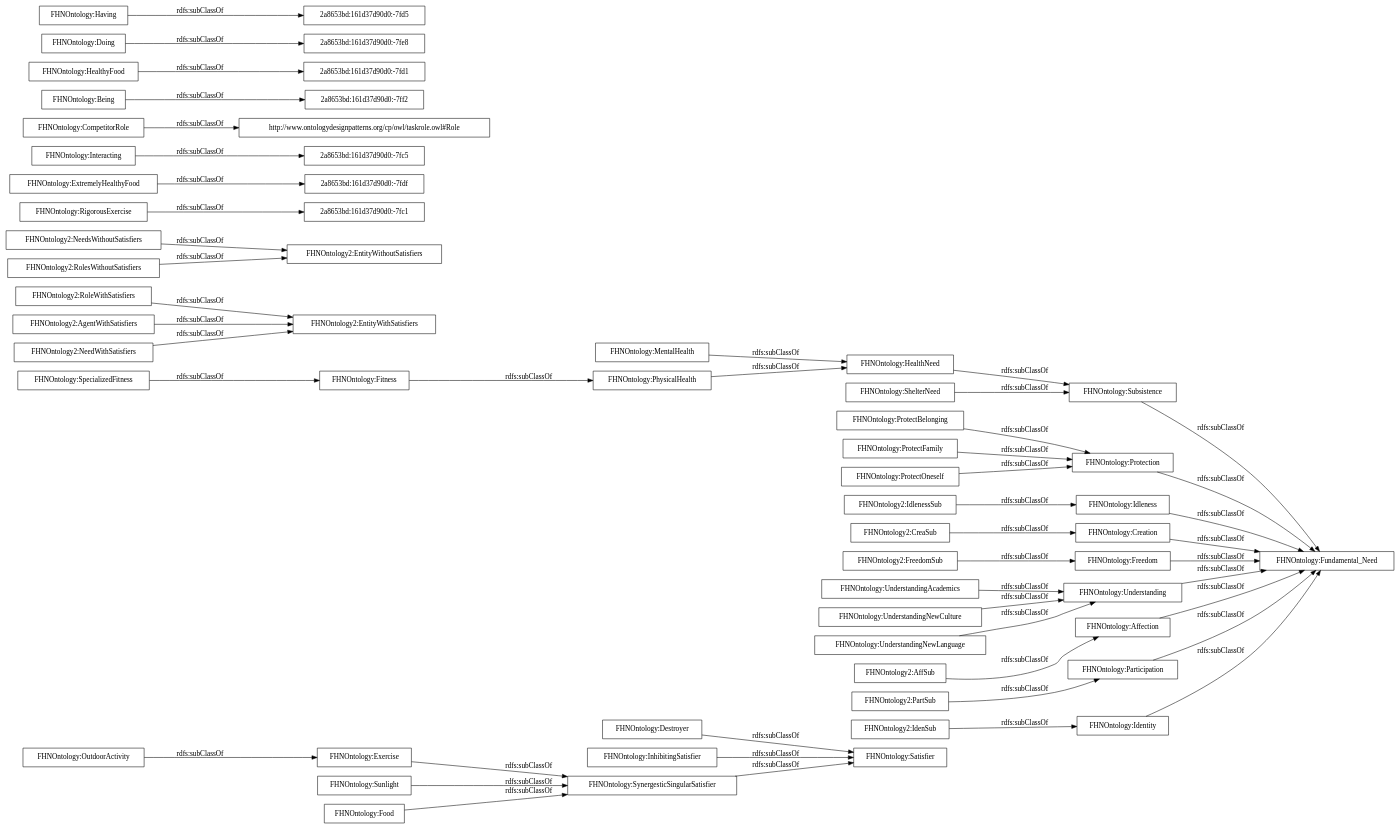
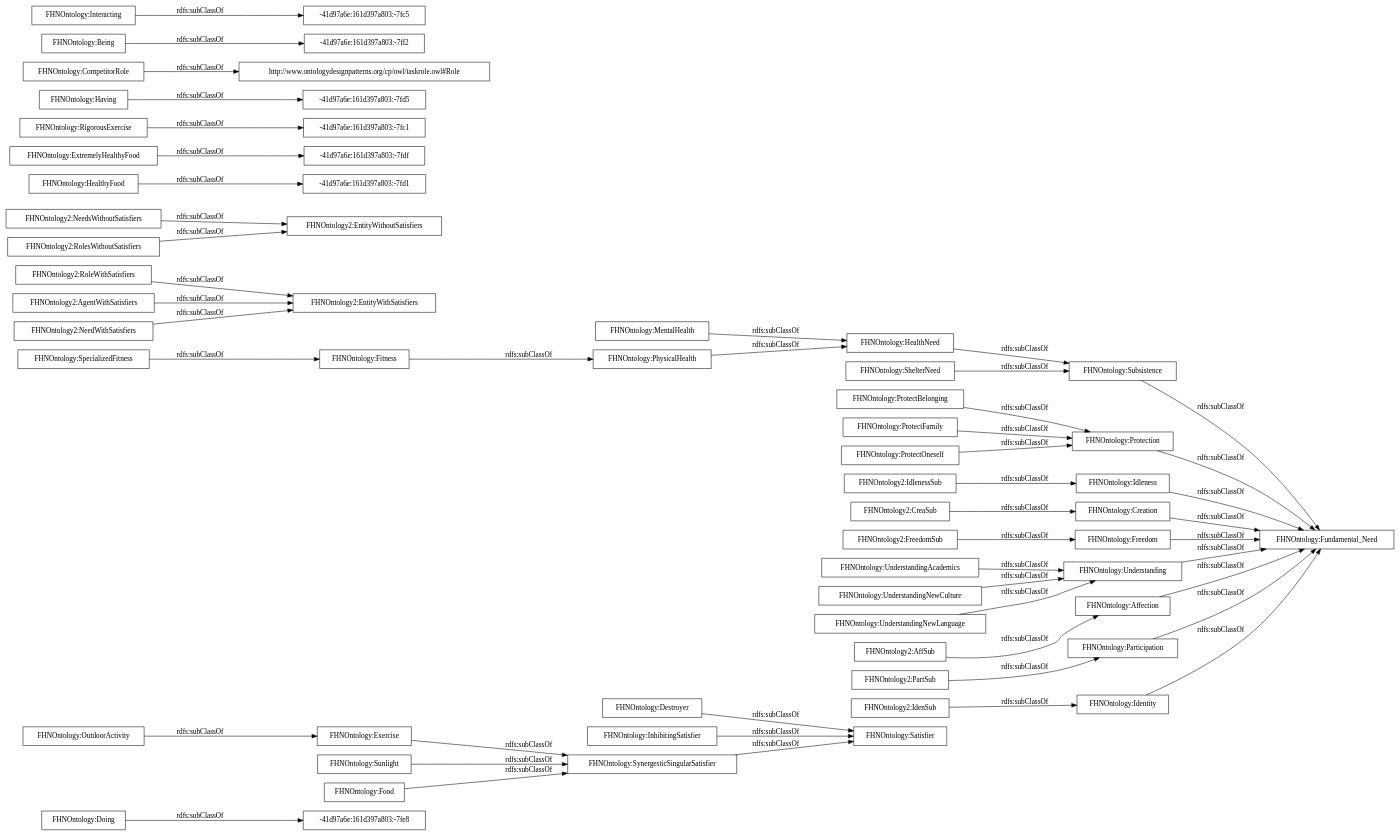
One commit to OnToologyUser/Propsed-Ontology changed the diagram in OnToology/FHNOntology.owl/diagrams/ar2dtool-taxonomy/FHNOntology.owl.png.dot. Above: the diagram before and after it, drawn with Graphviz. The commit also changed 61 other files, not shown here.

```diff
--- a/OnToology/FHNOntology.owl/diagrams/ar2dtool-taxonomy/FHNOntology.owl.png.dot
+++ b/OnToology/FHNOntology.owl/diagrams/ar2dtool-taxonomy/FHNOntology.owl.png.dot
@@ -1,53 +1,53 @@
 digraph ar2dtool_diagram { 
 rankdir=LR;
 size="1000"
-node [shape = rectangle, color="black"]; "FHNOntology:SynergesticSingularSatisfier" "FHNOntology:Identity" "FHNOntology2:EntityWithSatisfiers" "FHNOntology2:FreedomSub" "FHNOntology2:NeedsWithoutSatisfiers" "2a8653bd:161d37d90d0:-7fc1" "FHNOntology:Exercise" "FHNOntology:ProtectBelonging" "FHNOntology:ProtectFamily" "FHNOntology:Destroyer" "FHNOntology2:IdenSub" "FHNOntology:Subsistence" "FHNOntology:OutdoorActivity" "FHNOntology2:RolesWithoutSatisfiers" "FHNOntology2:CreaSub" "FHNOntology:RigorousExercise" "2a8653bd:161d37d90d0:-7fdf" "FHNOntology2:PartSub" "FHNOntology2:RoleWithSatisfiers" "FHNOntology:Fitness" "FHNOntology:Protection" "FHNOntology:Fundamental_Need" "FHNOntology:SpecializedFitness" "2a8653bd:161d37d90d0:-7fc5" "FHNOntology2:EntityWithoutSatisfiers" "FHNOntology2:IdlenessSub" "http://www.ontologydesignpatterns.org/cp/owl/taskrole.owl#Role" "FHNOntology:UnderstandingAcademics" "FHNOntology:InhibitingSatisfier" "FHNOntology:Idleness" "FHNOntology:Creation" "FHNOntology:Being" "FHNOntology:UnderstandingNewCulture" "FHNOntology:Freedom" "FHNOntology:Understanding" "FHNOntology:MentalHealth" "2a8653bd:161d37d90d0:-7fd1" "FHNOntology:HealthyFood" "FHNOntology:Affection" "FHNOntology:Satisfier" "FHNOntology2:AgentWithSatisfiers" "2a8653bd:161d37d90d0:-7fe8" "FHNOntology:UnderstandingNewLanguage" "FHNOntology:HealthNeed" "FHNOntology2:NeedWithSatisfiers" "FHNOntology:PhysicalHealth" "FHNOntology:Doing" "FHNOntology:Interacting" "2a8653bd:161d37d90d0:-7ff2" "FHNOntology2:AffSub" "FHNOntology:ShelterNeed" "FHNOntology:CompetitorRole" "FHNOntology:Having" "FHNOntology:ProtectOneself" "FHNOntology:Sunlight" "FHNOntology:Food" "FHNOntology:Participation" "2a8653bd:161d37d90d0:-7fd5" "FHNOntology:ExtremelyHealthyFood" ; /*classes style*/
-	"FHNOntology:Interacting" -> "2a8653bd:161d37d90d0:-7fc5" [ label = "rdfs:subClassOf" ];
+node [shape = rectangle, color="black"]; "-41d97a6e:161d397a803:-7fe8" "FHNOntology:SynergesticSingularSatisfier" "FHNOntology:Identity" "FHNOntology2:EntityWithSatisfiers" "FHNOntology2:FreedomSub" "FHNOntology2:NeedsWithoutSatisfiers" "FHNOntology:Exercise" "FHNOntology:ProtectBelonging" "FHNOntology:ProtectFamily" "FHNOntology:Destroyer" "FHNOntology2:IdenSub" "-41d97a6e:161d397a803:-7fd1" "-41d97a6e:161d397a803:-7fdf" "FHNOntology:Subsistence" "FHNOntology:OutdoorActivity" "FHNOntology2:RolesWithoutSatisfiers" "FHNOntology2:CreaSub" "FHNOntology:RigorousExercise" "FHNOntology2:PartSub" "FHNOntology2:RoleWithSatisfiers" "FHNOntology:Fitness" "FHNOntology:Protection" "-41d97a6e:161d397a803:-7fd5" "-41d97a6e:161d397a803:-7fc1" "FHNOntology:Fundamental_Need" "FHNOntology:SpecializedFitness" "FHNOntology2:EntityWithoutSatisfiers" "FHNOntology2:IdlenessSub" "http://www.ontologydesignpatterns.org/cp/owl/taskrole.owl#Role" "FHNOntology:UnderstandingAcademics" "FHNOntology:InhibitingSatisfier" "FHNOntology:Idleness" "FHNOntology:Creation" "FHNOntology:Being" "FHNOntology:Freedom" "FHNOntology:UnderstandingNewCulture" "FHNOntology:MentalHealth" "FHNOntology:Understanding" "FHNOntology:HealthyFood" "FHNOntology:Affection" "FHNOntology:Satisfier" "-41d97a6e:161d397a803:-7ff2" "FHNOntology2:AgentWithSatisfiers" "FHNOntology:UnderstandingNewLanguage" "FHNOntology:HealthNeed" "FHNOntology2:NeedWithSatisfiers" "FHNOntology:PhysicalHealth" "-41d97a6e:161d397a803:-7fc5" "FHNOntology:Doing" "FHNOntology:Interacting" "FHNOntology2:AffSub" "FHNOntology:ShelterNeed" "FHNOntology:CompetitorRole" "FHNOntology:Having" "FHNOntology:ProtectOneself" "FHNOntology:Sunlight" "FHNOntology:Food" "FHNOntology:Participation" "FHNOntology:ExtremelyHealthyFood" ; /*classes style*/
+	"FHNOntology:Interacting" -> "-41d97a6e:161d397a803:-7fc5" [ label = "rdfs:subClassOf" ];
 	"FHNOntology:UnderstandingNewCulture" -> "FHNOntology:Understanding" [ label = "rdfs:subClassOf" ];
 	"FHNOntology:PhysicalHealth" -> "FHNOntology:HealthNeed" [ label = "rdfs:subClassOf" ];
 	"FHNOntology:Creation" -> "FHNOntology:Fundamental_Need" [ label = "rdfs:subClassOf" ];
 	"FHNOntology:Exercise" -> "FHNOntology:SynergesticSingularSatisfier" [ label = "rdfs:subClassOf" ];
 	"FHNOntology:Food" -> "FHNOntology:SynergesticSingularSatisfier" [ label = "rdfs:subClassOf" ];
 	"FHNOntology:Affection" -> "FHNOntology:Fundamental_Need" [ label = "rdfs:subClassOf" ];
 	"FHNOntology:Identity" -> "FHNOntology:Fundamental_Need" [ label = "rdfs:subClassOf" ];
 	"FHNOntology:UnderstandingAcademics" -> "FHNOntology:Understanding" [ label = "rdfs:subClassOf" ];
 	"FHNOntology2:FreedomSub" -> "FHNOntology:Freedom" [ label = "rdfs:subClassOf" ];
 	"FHNOntology2:RolesWithoutSatisfiers" -> "FHNOntology2:EntityWithoutSatisfiers" [ label = "rdfs:subClassOf" ];
 	"FHNOntology:InhibitingSatisfier" -> "FHNOntology:Satisfier" [ label = "rdfs:subClassOf" ];
-	"FHNOntology:Being" -> "2a8653bd:161d37d90d0:-7ff2" [ label = "rdfs:subClassOf" ];
+	"FHNOntology:Being" -> "-41d97a6e:161d397a803:-7ff2" [ label = "rdfs:subClassOf" ];
 	"FHNOntology2:NeedWithSatisfiers" -> "FHNOntology2:EntityWithSatisfiers" [ label = "rdfs:subClassOf" ];
 	"FHNOntology:Subsistence" -> "FHNOntology:Fundamental_Need" [ label = "rdfs:subClassOf" ];
 	"FHNOntology:Participation" -> "FHNOntology:Fundamental_Need" [ label = "rdfs:subClassOf" ];
-	"FHNOntology:Doing" -> "2a8653bd:161d37d90d0:-7fe8" [ label = "rdfs:subClassOf" ];
+	"FHNOntology:Doing" -> "-41d97a6e:161d397a803:-7fe8" [ label = "rdfs:subClassOf" ];
 	"FHNOntology:SpecializedFitness" -> "FHNOntology:Fitness" [ label = "rdfs:subClassOf" ];
 	"FHNOntology:ShelterNeed" -> "FHNOntology:Subsistence" [ label = "rdfs:subClassOf" ];
 	"FHNOntology:Understanding" -> "FHNOntology:Fundamental_Need" [ label = "rdfs:subClassOf" ];
 	"FHNOntology:Fitness" -> "FHNOntology:PhysicalHealth" [ label = "rdfs:subClassOf" ];
 	"FHNOntology:UnderstandingNewLanguage" -> "FHNOntology:Understanding" [ label = "rdfs:subClassOf" ];
 	"FHNOntology:Destroyer" -> "FHNOntology:Satisfier" [ label = "rdfs:subClassOf" ];
 	"FHNOntology2:RoleWithSatisfiers" -> "FHNOntology2:EntityWithSatisfiers" [ label = "rdfs:subClassOf" ];
 	"FHNOntology:CompetitorRole" -> "http://www.ontologydesignpatterns.org/cp/owl/taskrole.owl#Role" [ label = "rdfs:subClassOf" ];
 	"FHNOntology:ProtectFamily" -> "FHNOntology:Protection" [ label = "rdfs:subClassOf" ];
 	"FHNOntology:MentalHealth" -> "FHNOntology:HealthNeed" [ label = "rdfs:subClassOf" ];
 	"FHNOntology2:AgentWithSatisfiers" -> "FHNOntology2:EntityWithSatisfiers" [ label = "rdfs:subClassOf" ];
 	"FHNOntology2:PartSub" -> "FHNOntology:Participation" [ label = "rdfs:subClassOf" ];
 	"FHNOntology2:NeedsWithoutSatisfiers" -> "FHNOntology2:EntityWithoutSatisfiers" [ label = "rdfs:subClassOf" ];
 	"FHNOntology:Protection" -> "FHNOntology:Fundamental_Need" [ label = "rdfs:subClassOf" ];
 	"FHNOntology2:IdlenessSub" -> "FHNOntology:Idleness" [ label = "rdfs:subClassOf" ];
 	"FHNOntology:ProtectOneself" -> "FHNOntology:Protection" [ label = "rdfs:subClassOf" ];
 	"FHNOntology2:IdenSub" -> "FHNOntology:Identity" [ label = "rdfs:subClassOf" ];
 	"FHNOntology2:AffSub" -> "FHNOntology:Affection" [ label = "rdfs:subClassOf" ];
 	"FHNOntology:SynergesticSingularSatisfier" -> "FHNOntology:Satisfier" [ label = "rdfs:subClassOf" ];
 	"FHNOntology:OutdoorActivity" -> "FHNOntology:Exercise" [ label = "rdfs:subClassOf" ];
 	"FHNOntology:Freedom" -> "FHNOntology:Fundamental_Need" [ label = "rdfs:subClassOf" ];
 	"FHNOntology:HealthNeed" -> "FHNOntology:Subsistence" [ label = "rdfs:subClassOf" ];
 	"FHNOntology2:CreaSub" -> "FHNOntology:Creation" [ label = "rdfs:subClassOf" ];
-	"FHNOntology:RigorousExercise" -> "2a8653bd:161d37d90d0:-7fc1" [ label = "rdfs:subClassOf" ];
-	"FHNOntology:ExtremelyHealthyFood" -> "2a8653bd:161d37d90d0:-7fdf" [ label = "rdfs:subClassOf" ];
-	"FHNOntology:Having" -> "2a8653bd:161d37d90d0:-7fd5" [ label = "rdfs:subClassOf" ];
+	"FHNOntology:RigorousExercise" -> "-41d97a6e:161d397a803:-7fc1" [ label = "rdfs:subClassOf" ];
+	"FHNOntology:ExtremelyHealthyFood" -> "-41d97a6e:161d397a803:-7fdf" [ label = "rdfs:subClassOf" ];
+	"FHNOntology:Having" -> "-41d97a6e:161d397a803:-7fd5" [ label = "rdfs:subClassOf" ];
 	"FHNOntology:Idleness" -> "FHNOntology:Fundamental_Need" [ label = "rdfs:subClassOf" ];
 	"FHNOntology:ProtectBelonging" -> "FHNOntology:Protection" [ label = "rdfs:subClassOf" ];
 	"FHNOntology:Sunlight" -> "FHNOntology:SynergesticSingularSatisfier" [ label = "rdfs:subClassOf" ];
-	"FHNOntology:HealthyFood" -> "2a8653bd:161d37d90d0:-7fd1" [ label = "rdfs:subClassOf" ];
+	"FHNOntology:HealthyFood" -> "-41d97a6e:161d397a803:-7fd1" [ label = "rdfs:subClassOf" ];
 
 }
```
